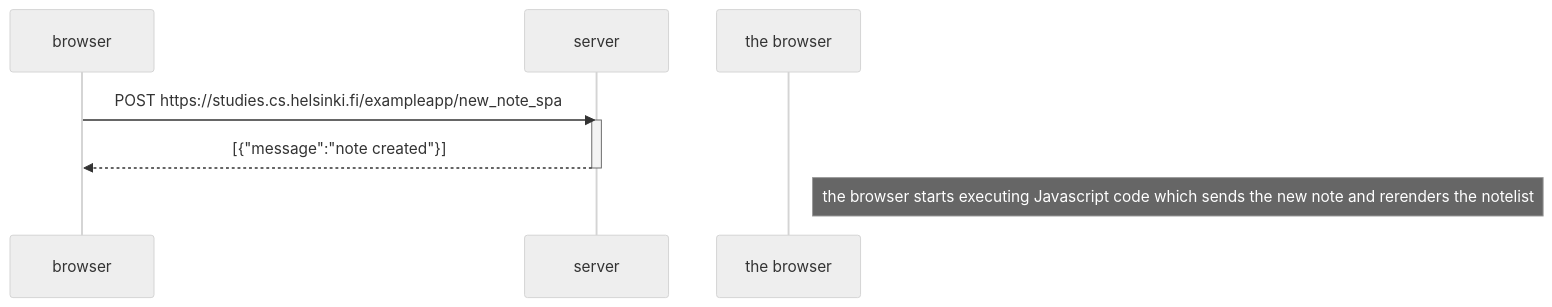
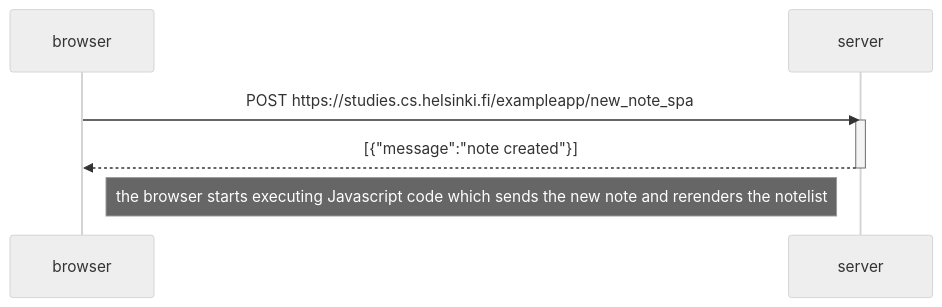
One commit to aSkelanturi/Fullstackopen changed the diagram in Osa0/0.6_Uusi_muistiinpano.md. Above: the diagram before and after it, drawn with Mermaid (neutral theme).

Commit message:
Update 0.6_Uusi_muistiinpano.md
fixed the diagram

````diff
--- a/Osa0/0.6_Uusi_muistiinpano.md
+++ b/Osa0/0.6_Uusi_muistiinpano.md
@@ -1,12 +1,12 @@
 ```mermaid
 sequenceDiagram
   participant browser
   participant server
 
   browser->>server: POST https://studies.cs.helsinki.fi/exampleapp/new_note_spa
   activate server
   server-->>browser: [{"message":"note created"}]
   deactivate server
 
-  Note right of the browser: the browser starts executing Javascript code which sends the new note and rerenders the notelist
+  Note right of browser: the browser starts executing Javascript code which sends the new note and rerenders the notelist
 ```
````
